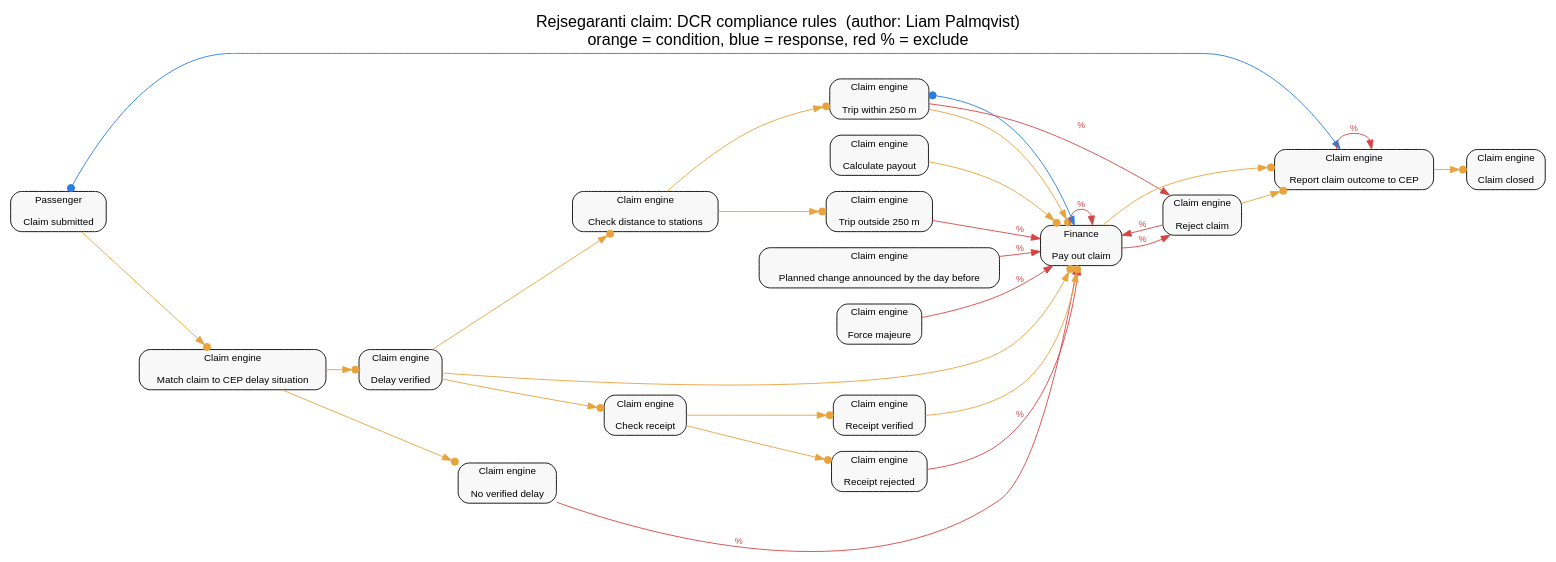
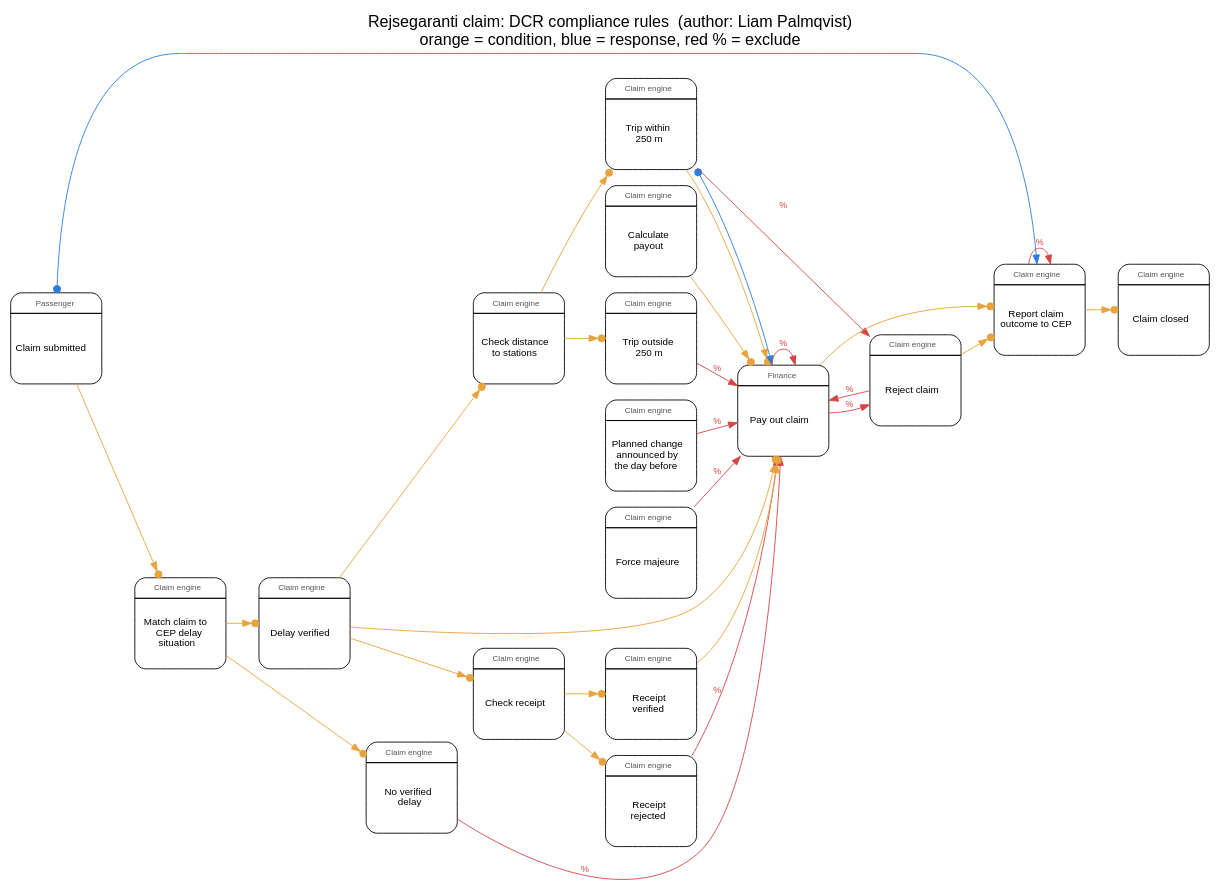
One commit to POEDS-Group-14/Process-Oriented-and-Event-Driven-Software changed the diagram in processes/p1-rejsegaranti/models/rejsegaranti-rules.dot. Above: the diagram before and after it, drawn with Graphviz. The commit also changed 7 other files, not shown here.

```diff
--- a/processes/p1-rejsegaranti/models/rejsegaranti-rules.dot
+++ b/processes/p1-rejsegaranti/models/rejsegaranti-rules.dot
@@ -1,51 +1,51 @@
 digraph DCR {
   graph [rankdir=LR, fontname="Helvetica", labelloc=t, fontsize=18,
          label="Rejsegaranti claim: DCR compliance rules  (author: Liam Palmqvist)\norange = condition, blue = response, red % = exclude"];
-  node [shape=box, style="rounded,filled", fillcolor="#f8f8f8", fontname="Helvetica", fontsize=11];
+  node [shape=plain, fontname="Helvetica", fontsize=11];
   edge [fontname="Helvetica", fontsize=10];
-  e0 [label="Passenger\n\nClaim submitted"];
-  e1 [label="Claim engine\n\nMatch claim to CEP delay situation"];
-  e2 [label="Claim engine\n\nNo verified delay"];
-  e3 [label="Claim engine\n\nPlanned change announced by the day before"];
-  e4 [label="Claim engine\n\nForce majeure"];
-  e5 [label="Claim engine\n\nDelay verified"];
-  e6 [label="Claim engine\n\nCheck receipt"];
-  e7 [label="Claim engine\n\nCheck distance to stations"];
-  e8 [label="Claim engine\n\nReceipt rejected"];
-  e9 [label="Claim engine\n\nReceipt verified"];
-  e10 [label="Claim engine\n\nTrip outside 250 m"];
-  e11 [label="Claim engine\n\nTrip within 250 m"];
-  e12 [label="Claim engine\n\nCalculate payout"];
-  e13 [label="Finance\n\nPay out claim"];
-  e14 [label="Claim engine\n\nReject claim"];
-  e15 [label="Claim engine\n\nReport claim outcome to CEP"];
-  e16 [label="Claim engine\n\nClaim closed"];
+  e0 [label=<<TABLE BORDER="1" CELLBORDER="0" CELLSPACING="0" STYLE="rounded" BGCOLOR="white"><TR><TD WIDTH="100" HEIGHT="22" FIXEDSIZE="TRUE"><FONT POINT-SIZE="9" COLOR="#555555">Passenger</FONT></TD></TR><HR/><TR><TD WIDTH="100" HEIGHT="78" FIXEDSIZE="TRUE">Claim submitted</TD></TR></TABLE>>];
+  e1 [label=<<TABLE BORDER="1" CELLBORDER="0" CELLSPACING="0" STYLE="rounded" BGCOLOR="white"><TR><TD WIDTH="100" HEIGHT="22" FIXEDSIZE="TRUE"><FONT POINT-SIZE="9" COLOR="#555555">Claim engine</FONT></TD></TR><HR/><TR><TD WIDTH="100" HEIGHT="78" FIXEDSIZE="TRUE">Match claim to<BR/>CEP delay<BR/>situation</TD></TR></TABLE>>];
+  e2 [label=<<TABLE BORDER="1" CELLBORDER="0" CELLSPACING="0" STYLE="rounded" BGCOLOR="white"><TR><TD WIDTH="100" HEIGHT="22" FIXEDSIZE="TRUE"><FONT POINT-SIZE="9" COLOR="#555555">Claim engine</FONT></TD></TR><HR/><TR><TD WIDTH="100" HEIGHT="78" FIXEDSIZE="TRUE">No verified<BR/>delay</TD></TR></TABLE>>];
+  e3 [label=<<TABLE BORDER="1" CELLBORDER="0" CELLSPACING="0" STYLE="rounded" BGCOLOR="white"><TR><TD WIDTH="100" HEIGHT="22" FIXEDSIZE="TRUE"><FONT POINT-SIZE="9" COLOR="#555555">Claim engine</FONT></TD></TR><HR/><TR><TD WIDTH="100" HEIGHT="78" FIXEDSIZE="TRUE">Planned change<BR/>announced by<BR/>the day before</TD></TR></TABLE>>];
+  e4 [label=<<TABLE BORDER="1" CELLBORDER="0" CELLSPACING="0" STYLE="rounded" BGCOLOR="white"><TR><TD WIDTH="100" HEIGHT="22" FIXEDSIZE="TRUE"><FONT POINT-SIZE="9" COLOR="#555555">Claim engine</FONT></TD></TR><HR/><TR><TD WIDTH="100" HEIGHT="78" FIXEDSIZE="TRUE">Force majeure</TD></TR></TABLE>>];
+  e5 [label=<<TABLE BORDER="1" CELLBORDER="0" CELLSPACING="0" STYLE="rounded" BGCOLOR="white"><TR><TD WIDTH="100" HEIGHT="22" FIXEDSIZE="TRUE"><FONT POINT-SIZE="9" COLOR="#555555">Claim engine</FONT></TD></TR><HR/><TR><TD WIDTH="100" HEIGHT="78" FIXEDSIZE="TRUE">Delay verified</TD></TR></TABLE>>];
+  e6 [label=<<TABLE BORDER="1" CELLBORDER="0" CELLSPACING="0" STYLE="rounded" BGCOLOR="white"><TR><TD WIDTH="100" HEIGHT="22" FIXEDSIZE="TRUE"><FONT POINT-SIZE="9" COLOR="#555555">Claim engine</FONT></TD></TR><HR/><TR><TD WIDTH="100" HEIGHT="78" FIXEDSIZE="TRUE">Check receipt</TD></TR></TABLE>>];
+  e7 [label=<<TABLE BORDER="1" CELLBORDER="0" CELLSPACING="0" STYLE="rounded" BGCOLOR="white"><TR><TD WIDTH="100" HEIGHT="22" FIXEDSIZE="TRUE"><FONT POINT-SIZE="9" COLOR="#555555">Claim engine</FONT></TD></TR><HR/><TR><TD WIDTH="100" HEIGHT="78" FIXEDSIZE="TRUE">Check distance<BR/>to stations</TD></TR></TABLE>>];
+  e8 [label=<<TABLE BORDER="1" CELLBORDER="0" CELLSPACING="0" STYLE="rounded" BGCOLOR="white"><TR><TD WIDTH="100" HEIGHT="22" FIXEDSIZE="TRUE"><FONT POINT-SIZE="9" COLOR="#555555">Claim engine</FONT></TD></TR><HR/><TR><TD WIDTH="100" HEIGHT="78" FIXEDSIZE="TRUE">Receipt<BR/>rejected</TD></TR></TABLE>>];
+  e9 [label=<<TABLE BORDER="1" CELLBORDER="0" CELLSPACING="0" STYLE="rounded" BGCOLOR="white"><TR><TD WIDTH="100" HEIGHT="22" FIXEDSIZE="TRUE"><FONT POINT-SIZE="9" COLOR="#555555">Claim engine</FONT></TD></TR><HR/><TR><TD WIDTH="100" HEIGHT="78" FIXEDSIZE="TRUE">Receipt<BR/>verified</TD></TR></TABLE>>];
+  e10 [label=<<TABLE BORDER="1" CELLBORDER="0" CELLSPACING="0" STYLE="rounded" BGCOLOR="white"><TR><TD WIDTH="100" HEIGHT="22" FIXEDSIZE="TRUE"><FONT POINT-SIZE="9" COLOR="#555555">Claim engine</FONT></TD></TR><HR/><TR><TD WIDTH="100" HEIGHT="78" FIXEDSIZE="TRUE">Trip outside<BR/>250 m</TD></TR></TABLE>>];
+  e11 [label=<<TABLE BORDER="1" CELLBORDER="0" CELLSPACING="0" STYLE="rounded" BGCOLOR="white"><TR><TD WIDTH="100" HEIGHT="22" FIXEDSIZE="TRUE"><FONT POINT-SIZE="9" COLOR="#555555">Claim engine</FONT></TD></TR><HR/><TR><TD WIDTH="100" HEIGHT="78" FIXEDSIZE="TRUE">Trip within<BR/>250 m</TD></TR></TABLE>>];
+  e12 [label=<<TABLE BORDER="1" CELLBORDER="0" CELLSPACING="0" STYLE="rounded" BGCOLOR="white"><TR><TD WIDTH="100" HEIGHT="22" FIXEDSIZE="TRUE"><FONT POINT-SIZE="9" COLOR="#555555">Claim engine</FONT></TD></TR><HR/><TR><TD WIDTH="100" HEIGHT="78" FIXEDSIZE="TRUE">Calculate<BR/>payout</TD></TR></TABLE>>];
+  e13 [label=<<TABLE BORDER="1" CELLBORDER="0" CELLSPACING="0" STYLE="rounded" BGCOLOR="white"><TR><TD WIDTH="100" HEIGHT="22" FIXEDSIZE="TRUE"><FONT POINT-SIZE="9" COLOR="#555555">Finance</FONT></TD></TR><HR/><TR><TD WIDTH="100" HEIGHT="78" FIXEDSIZE="TRUE">Pay out claim</TD></TR></TABLE>>];
+  e14 [label=<<TABLE BORDER="1" CELLBORDER="0" CELLSPACING="0" STYLE="rounded" BGCOLOR="white"><TR><TD WIDTH="100" HEIGHT="22" FIXEDSIZE="TRUE"><FONT POINT-SIZE="9" COLOR="#555555">Claim engine</FONT></TD></TR><HR/><TR><TD WIDTH="100" HEIGHT="78" FIXEDSIZE="TRUE">Reject claim</TD></TR></TABLE>>];
+  e15 [label=<<TABLE BORDER="1" CELLBORDER="0" CELLSPACING="0" STYLE="rounded" BGCOLOR="white"><TR><TD WIDTH="100" HEIGHT="22" FIXEDSIZE="TRUE"><FONT POINT-SIZE="9" COLOR="#555555">Claim engine</FONT></TD></TR><HR/><TR><TD WIDTH="100" HEIGHT="78" FIXEDSIZE="TRUE">Report claim<BR/>outcome to CEP</TD></TR></TABLE>>];
+  e16 [label=<<TABLE BORDER="1" CELLBORDER="0" CELLSPACING="0" STYLE="rounded" BGCOLOR="white"><TR><TD WIDTH="100" HEIGHT="22" FIXEDSIZE="TRUE"><FONT POINT-SIZE="9" COLOR="#555555">Claim engine</FONT></TD></TR><HR/><TR><TD WIDTH="100" HEIGHT="78" FIXEDSIZE="TRUE">Claim closed</TD></TR></TABLE>>];
   e0 -> e1 [color="#e8a33d" arrowhead=dotnormal];
   e1 -> e5 [color="#e8a33d" arrowhead=dotnormal];
   e1 -> e2 [color="#e8a33d" arrowhead=dotnormal];
   e5 -> e6 [color="#e8a33d" arrowhead=dotnormal];
   e5 -> e7 [color="#e8a33d" arrowhead=dotnormal];
   e6 -> e9 [color="#e8a33d" arrowhead=dotnormal];
   e6 -> e8 [color="#e8a33d" arrowhead=dotnormal];
   e7 -> e11 [color="#e8a33d" arrowhead=dotnormal];
   e7 -> e10 [color="#e8a33d" arrowhead=dotnormal];
   e9 -> e13 [color="#e8a33d" arrowhead=dotnormal];
   e8 -> e13 [color="#d64545" arrowhead=normal label="%" fontcolor="#d64545"];
   e3 -> e13 [color="#d64545" arrowhead=normal label="%" fontcolor="#d64545"];
   e4 -> e13 [color="#d64545" arrowhead=normal label="%" fontcolor="#d64545"];
   e2 -> e13 [color="#d64545" arrowhead=normal label="%" fontcolor="#d64545"];
   e5 -> e13 [color="#e8a33d" arrowhead=dotnormal];
   e11 -> e13 [color="#e8a33d" arrowhead=dotnormal];
   e10 -> e13 [color="#d64545" arrowhead=normal label="%" fontcolor="#d64545"];
   e12 -> e13 [color="#e8a33d" arrowhead=dotnormal];
   e13 -> e13 [color="#d64545" arrowhead=normal label="%" fontcolor="#d64545"];
   e13 -> e14 [color="#d64545" arrowhead=normal label="%" fontcolor="#d64545"];
   e14 -> e13 [color="#d64545" arrowhead=normal label="%" fontcolor="#d64545"];
   e0 -> e15 [color="#2a7de1" arrowtail=dot dir=both arrowhead=normal];
   e13 -> e15 [color="#e8a33d" arrowhead=dotnormal];
   e14 -> e15 [color="#e8a33d" arrowhead=dotnormal];
   e15 -> e15 [color="#d64545" arrowhead=normal label="%" fontcolor="#d64545"];
   e11 -> e13 [color="#2a7de1" arrowtail=dot dir=both arrowhead=normal];
   e11 -> e14 [color="#d64545" arrowhead=normal label="%" fontcolor="#d64545"];
   e15 -> e16 [color="#e8a33d" arrowhead=dotnormal];
 }
```
